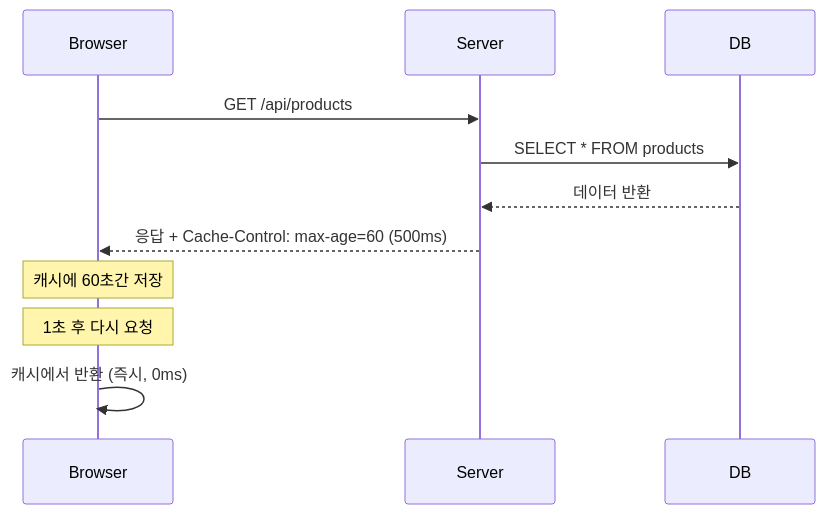
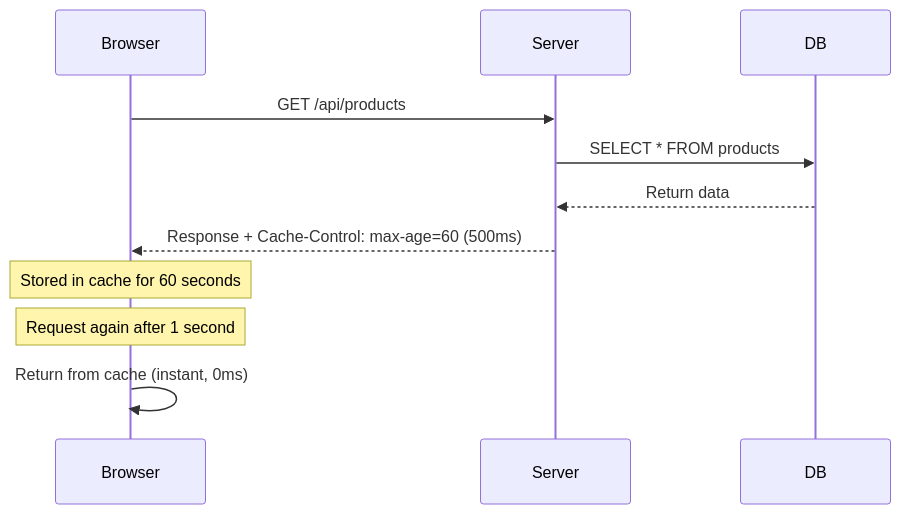
One commit to cartanova-ai/sonamu changed the second of 4 diagrams in modules/docs/en/advanced-features/cache-control/what-is-cache-control.mdx. Above: the diagram before and after it, drawn with Mermaid. The commit also changed other lines of this file and 86 other files, not shown here.

````diff
--- a/modules/docs/en/advanced-features/cache-control/what-is-cache-control.mdx
+++ b/modules/docs/en/advanced-features/cache-control/what-is-cache-control.mdx
@@ -37,16 +37,16 @@
 ```mermaid
 sequenceDiagram
     participant Browser
     participant Server
     participant DB
 
     Browser->>Server: GET /api/products
     Server->>DB: SELECT * FROM products
-    DB-->>Server: 데이터 반환
-    Server-->>Browser: 응답 + Cache-Control: max-age=60 (500ms)
+    DB-->>Server: Return data
+    Server-->>Browser: Response + Cache-Control: max-age=60 (500ms)
 
-    Note over Browser: 캐시에 60초간 저장
-    Note over Browser: 1초 후 다시 요청
-    
-    Browser->>Browser: 캐시에서 반환 (즉시, 0ms)
+    Note over Browser: Stored in cache for 60 seconds
+    Note over Browser: Request again after 1 second
+
+    Browser->>Browser: Return from cache (instant, 0ms)
 ```
````
